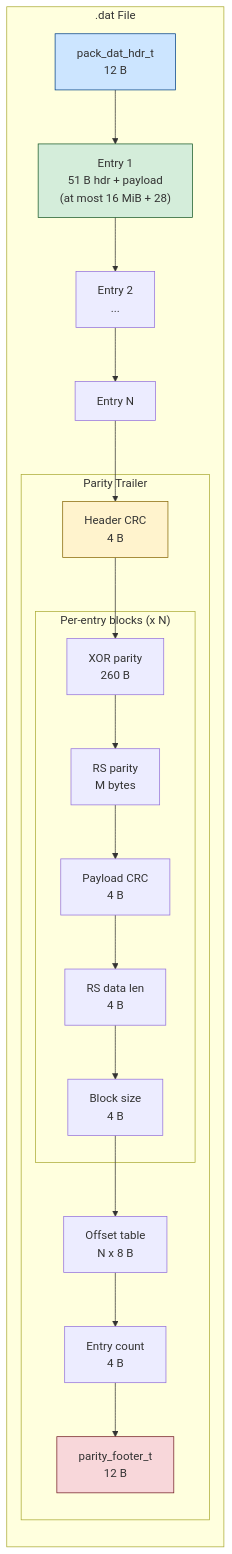
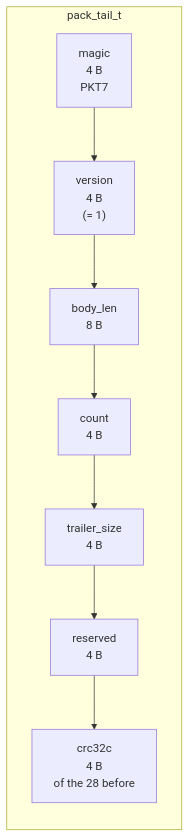
The second of 2 diagrams in diagrams/05-parity-trailer-layout.md (vifair22/c-backup), drawn with Mermaid before and after one commit. The commit also changed other lines of this file and 25 other files, not shown here.

````diff
--- a/diagrams/05-parity-trailer-layout.md
+++ b/diagrams/05-parity-trailer-layout.md
@@ -24,31 +35,13 @@
 ```mermaid
 flowchart LR
-    subgraph ".dat File"
-        DH["pack_dat_hdr_t<br>12 B"]
-        E1["Entry 1<br>51 B hdr + payload<br>(at most 16 MiB + 28)"]
-        E2["Entry 2<br>..."]
-        EN["Entry N"]
-        subgraph "Parity Trailer"
-            FC["Header CRC<br>4 B"]
-            subgraph "Per-entry blocks (x N)"
-                EP["XOR parity<br>260 B"]
-                ER["RS parity<br>M bytes"]
-                EC["Payload CRC<br>4 B"]
-                EL["RS data len<br>4 B"]
-                ES["Block size<br>4 B"]
-            end
-            OT["Offset table<br>N x 8 B"]
-            PC["Entry count<br>4 B"]
-            PF["parity_footer_t<br>12 B"]
-        end
+    subgraph "pack_tail_t"
+        M["magic<br>4 B<br>PKT7"]
+        V["version<br>4 B<br>(= 1)"]
+        B["body_len<br>8 B"]
+        C["count<br>4 B"]
+        S["trailer_size<br>4 B"]
+        R["reserved<br>4 B"]
+        K["crc32c<br>4 B<br>of the 28 before"]
     end
-
-    DH --> E1 --> E2 --> EN --> FC
-    FC --> EP --> ER --> EC --> EL --> ES
-    ES --> OT --> PC --> PF
-
-    style DH fill:#cce5ff,stroke:#004085
-    style E1 fill:#d4edda,stroke:#155724
-    style FC fill:#fff3cd,stroke:#856404
-    style PF fill:#f8d7da,stroke:#721c24
+    M --> V --> B --> C --> S --> R --> K
 ```
````
